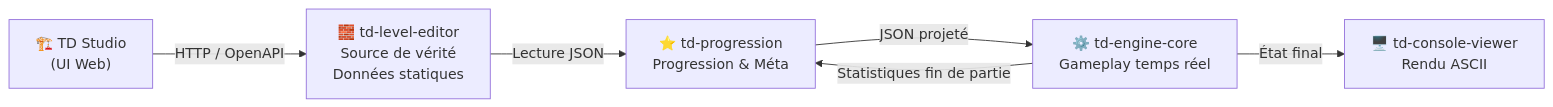
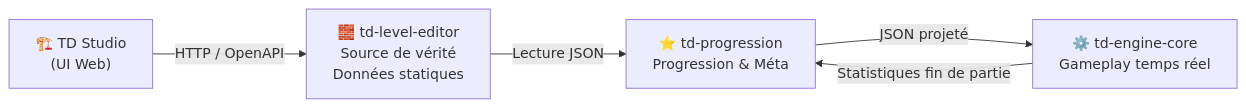
Before and after one commit to bulldozer27350/td: the second of 3 diagrams in README.md, drawn with Mermaid. The commit also changed other lines of this file and 40 other files, not shown here.

````diff
--- a/README.md
+++ b/README.md
@@ -274,25 +250,21 @@
 ```mermaid
 flowchart LR
 
     StudioUI["🏗️ TD Studio
     (UI Web)"]
 
     LevelEditor["🧱 td-level-editor
     Source de vérité
     Données statiques"]
 
     Progression["⭐ td-progression
     Progression & Méta"]
 
     Engine["⚙️ td-engine-core
     Gameplay temps réel"]
 
-    Viewer["🖥️ td-console-viewer
-    Rendu ASCII"]
-
     StudioUI -->|HTTP / OpenAPI| LevelEditor
     LevelEditor -->|Lecture JSON| Progression
     Progression -->|JSON projeté| Engine
-    Engine -->|État final| Viewer
     Engine -->|Statistiques fin de partie| Progression
 ```
````
